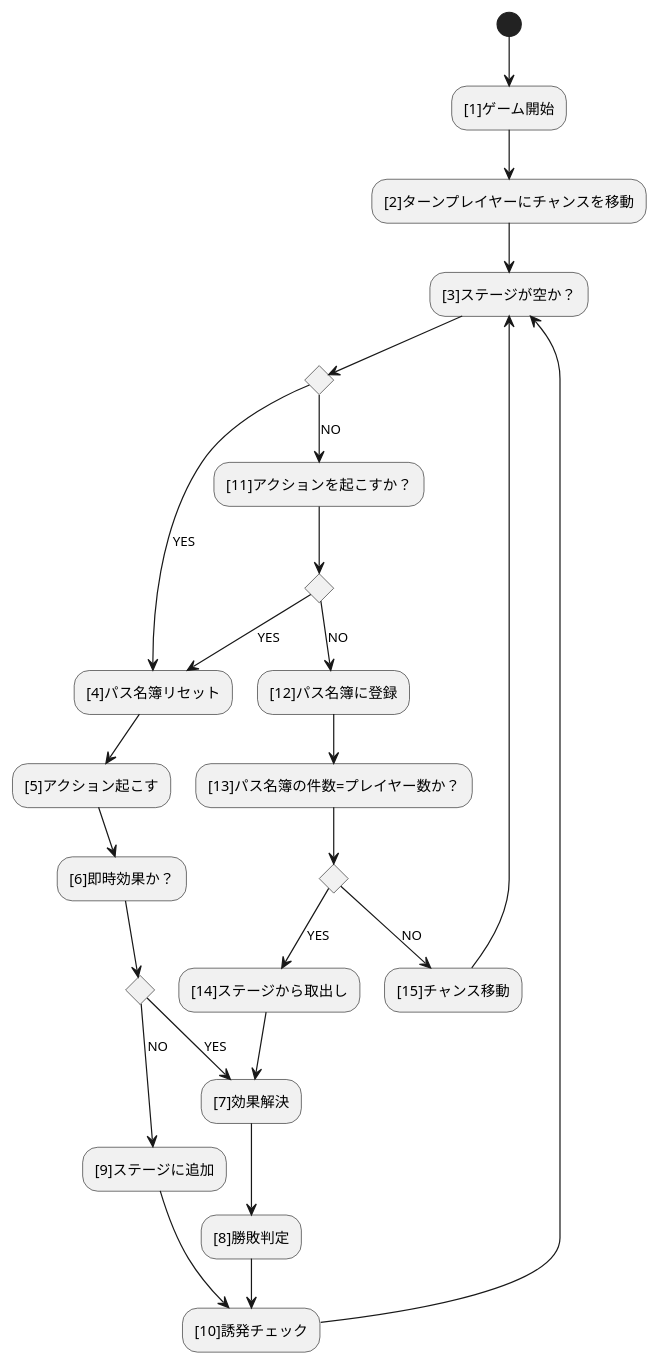
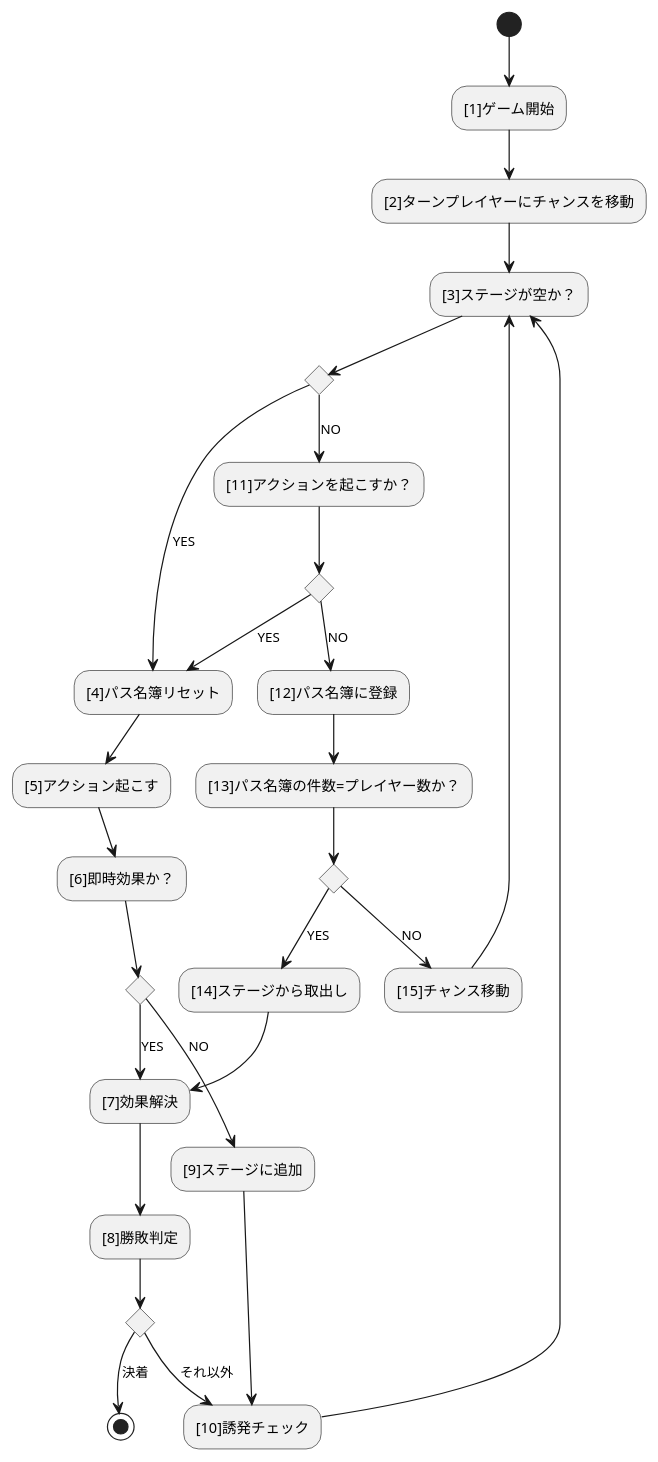
One commit to BlackPoker/BlackPoker changed the diagram in source/core/coreflow.puml. Above: the diagram before and after it, drawn with PlantUML. The commit also changed 1 other file, not shown here.

```diff
--- a/source/core/coreflow.puml
+++ b/source/core/coreflow.puml
@@ -1,35 +1,39 @@
 @startuml
 (*) --> "[1]ゲーム開始"
 --> "[2]ターンプレイヤーにチャンスを移動"
 -->"[3]ステージが空か？"
 
 if "" then
     -->[YES] "[4]パス名簿リセット"
     --> "[5]アクション起こす"
     --> "[6]即時効果か？"
     if "" then
         -->[YES] "[7]効果解決"
         --> "[8]勝敗判定"
-        --> "[10]誘発チェック"
+        if "" then
+            -->[決着] (*)
+        else
+            -->[それ以外] "[10]誘発チェック"
+        endif
     else
         -->[NO] "[9]ステージに追加"
         --> "[10]誘発チェック"
     endif
     --> "[3]ステージが空か？"
 else
     -->[NO] "[11]アクションを起こすか？"
     if "" then
         -->[YES] "[4]パス名簿リセット"
     else
         --> [NO] "[12]パス名簿に登録"
         --> "[13]パス名簿の件数=プレイヤー数か？"
         if "" then
             -->[YES] ”[14]ステージから取出し”
             --> "[7]効果解決"
         else
             --> [NO] "[15]チャンス移動"
             --> "[3]ステージが空か？"
         endif
     endif
 endif
 @enduml
```
